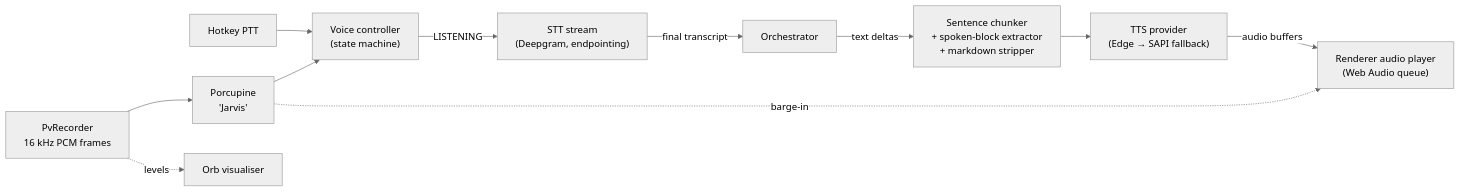
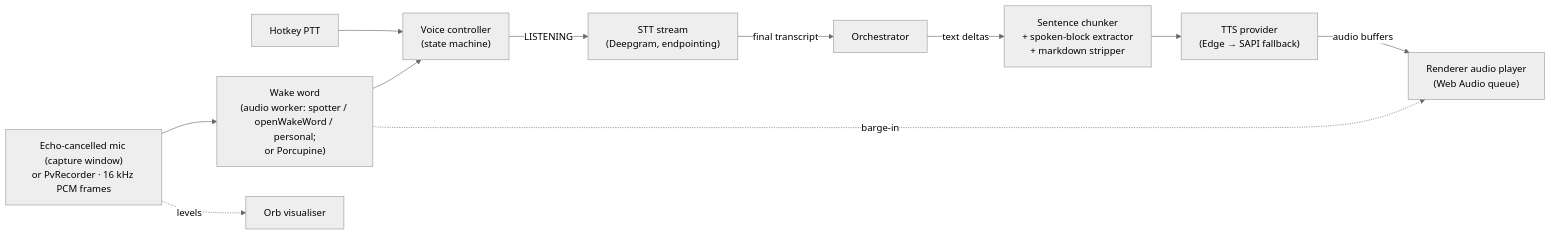
Before and after one commit to AJe-T/Jarvis: the fourth of 5 diagrams in docs/Architecture.md, drawn with Mermaid (neutral theme). The commit also changed other lines of this file and 16 other files, not shown here.

````diff
--- a/docs/Architecture.md
+++ b/docs/Architecture.md
@@ -215,13 +215,13 @@
 ```mermaid
 flowchart LR
-    MIC["PvRecorder<br/>16 kHz PCM frames"] --> WAKE["Porcupine<br/>'Jarvis'"]
+    MIC["Echo-cancelled mic (capture window)<br/>or PvRecorder · 16 kHz PCM frames"] --> WAKE["Wake word<br/>(audio worker: spotter / openWakeWord / personal;<br/>or Porcupine)"]
     HK["Hotkey PTT"] --> GATE
     WAKE --> GATE["Voice controller<br/>(state machine)"]
     GATE -- LISTENING --> STT["STT stream<br/>(Deepgram, endpointing)"]
     STT -- final transcript --> ORCH["Orchestrator"]
     ORCH -- text deltas --> CHUNK["Sentence chunker<br/>+ spoken-block extractor<br/>+ markdown stripper"]
     CHUNK --> TTS["TTS provider<br/>(Edge → SAPI fallback)"]
     TTS -- audio buffers --> PLAY["Renderer audio player<br/>(Web Audio queue)"]
     MIC -. levels .-> ORB["Orb visualiser"]
     WAKE -. barge-in .-> PLAY
 ```
````
